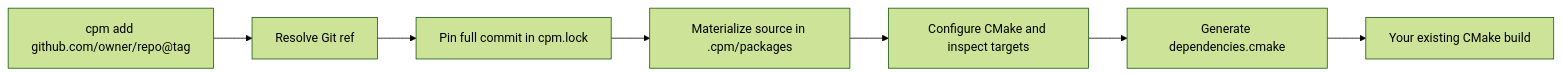
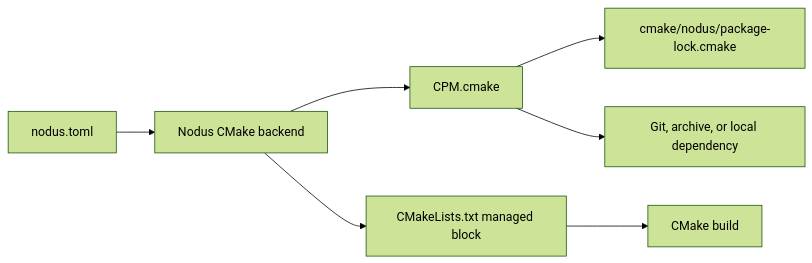
Before and after one commit to Dank-del/nodus: the first of 2 diagrams in README.md, drawn with Mermaid (forest theme). The commit also changed other lines of this file and 44 other files, not shown here.

Commit message:
Rebrand as Nodus with CPM.cmake backend

````diff
--- a/README.md
+++ b/README.md
@@ -17,9 +15,9 @@
 ```mermaid
 flowchart LR
-    A["cpm add github.com/owner/repo@tag"] --> B[Resolve Git ref]
-    B --> C[Pin full commit in cpm.lock]
-    C --> D[Materialize source in .cpm/packages]
-    D --> E[Configure CMake and inspect targets]
-    E --> F[Generate dependencies.cmake]
-    F --> G[Your existing CMake build]
+    N[nodus.toml] --> C[Nodus CMake backend]
+    C --> P[CPM.cmake]
+    P --> L[cmake/nodus/package-lock.cmake]
+    P --> D[Git, archive, or local dependency]
+    C --> M[CMakeLists.txt managed block]
+    M --> B[CMake build]
 ```
````
